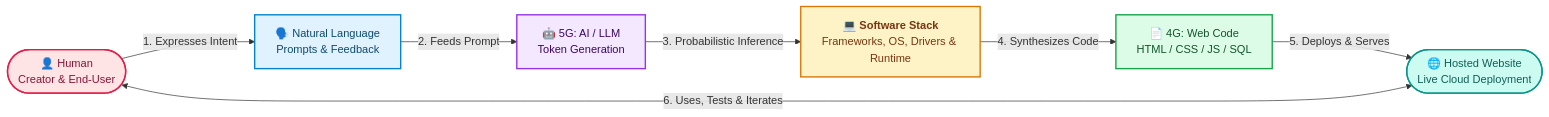
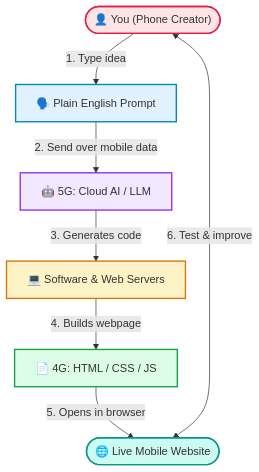
Before and after one commit to Mcc-Mak/kenya-digitalhub-ai-web-dev: the sixth of 7 diagrams in BLUEPRINT.md, drawn with Mermaid. The commit also changed other lines of this file, not shown here.

````diff
--- a/BLUEPRINT.md
+++ b/BLUEPRINT.md
@@ -159,26 +152,24 @@
 ```mermaid
-flowchart LR
-    H(["👤 Human<br/>Creator & End-User"])
-    NL["🗣️ Natural Language<br/>Prompts & Feedback"]
-    G5["🤖 5G: AI / LLM<br/>Token Generation"]
-    SoftwareStack["💻 <b>Software Stack</b><br/>Frameworks, OS, Drivers & Runtime"]
-    G4["📄 4G: Web Code<br/>HTML / CSS / JS / SQL"]
-    WEB(["🌐 Hosted Website<br/>Live Cloud Deployment"])
+flowchart TD
+    You(["👤 You (Phone Creator)"])
+    NL["🗣️ Plain English Prompt"]
+    G5["🤖 5G: Cloud AI / LLM"]
+    Stack["💻 Software & Web Servers"]
+    G4["📄 4G: HTML / CSS / JS"]
+    Web(["🌐 Live Mobile Website"])
 
-    H -->|"1. Expresses Intent"| NL
-    NL -->|"2. Feeds Prompt"| G5
-    G5 -->|"3. Probabilistic Inference"| SoftwareStack
-    SoftwareStack -->|"4. Synthesizes Code"| G4
-    G4 -->|"5. Deploys & Serves"| WEB
+    You -->|"1. Type idea"| NL
+    NL -->|"2. Send over mobile data"| G5
+    G5 -->|"3. Generates code"| Stack
+    Stack -->|"4. Builds webpage"| G4
+    G4 -->|"5. Opens in browser"| Web
+    Web <-->|"6. Test & improve"| You
 
-    H <-->|"6. Uses, Tests & Iterates"| WEB
-
-    style H fill:#ffe4e6,stroke:#e11d48,stroke-width:2px,color:#881337
-    style NL fill:#e0f2fe,stroke:#0284c7,stroke-width:2px,color:#0c4a6e
-    style G5 fill:#f3e8ff,stroke:#9333ea,stroke-width:2px,color:#3b0764
-    style SoftwareStack fill:#fef3c7,stroke:#d97706,stroke-width:2px,color:#78350f
-    style G4 fill:#dcfce7,stroke:#16a34a,stroke-width:2px,color:#14532d
-    style WEB fill:#ccfbf1,stroke:#0d9488,stroke-width:2px,color:#115e59
-
+    style You fill:#ffe4e6,stroke:#e11d48,stroke-width:2px
+    style NL fill:#e0f2fe,stroke:#0284c7,stroke-width:2px
+    style G5 fill:#f3e8ff,stroke:#9333ea,stroke-width:2px
+    style Stack fill:#fef3c7,stroke:#d97706,stroke-width:2px
+    style G4 fill:#dcfce7,stroke:#16a34a,stroke-width:2px
+    style Web fill:#ccfbf1,stroke:#0d9488,stroke-width:2px
 
 ```
````
